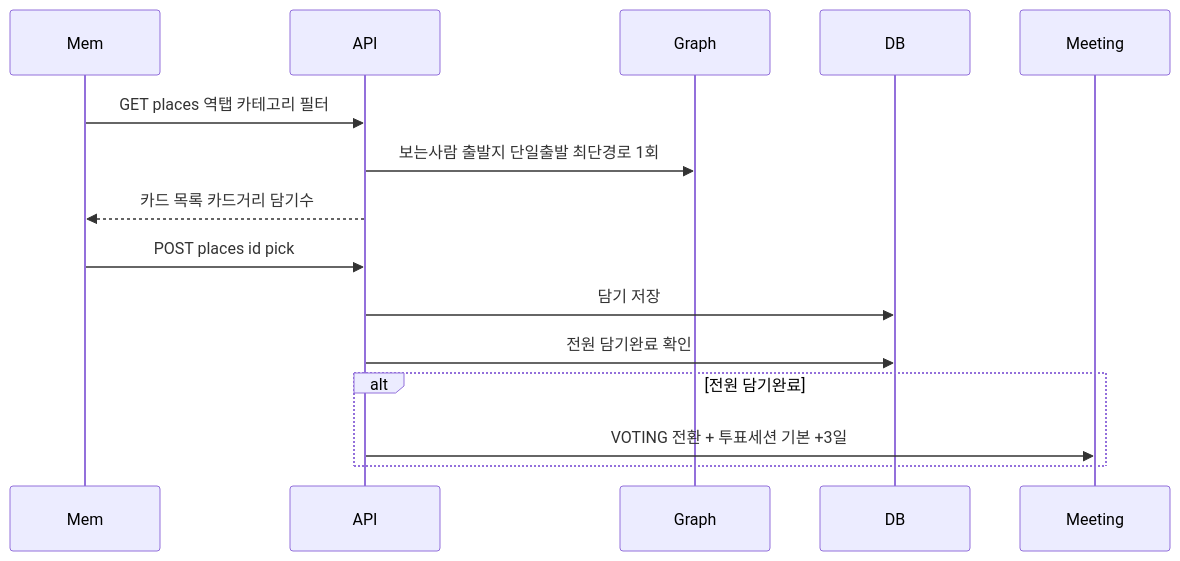
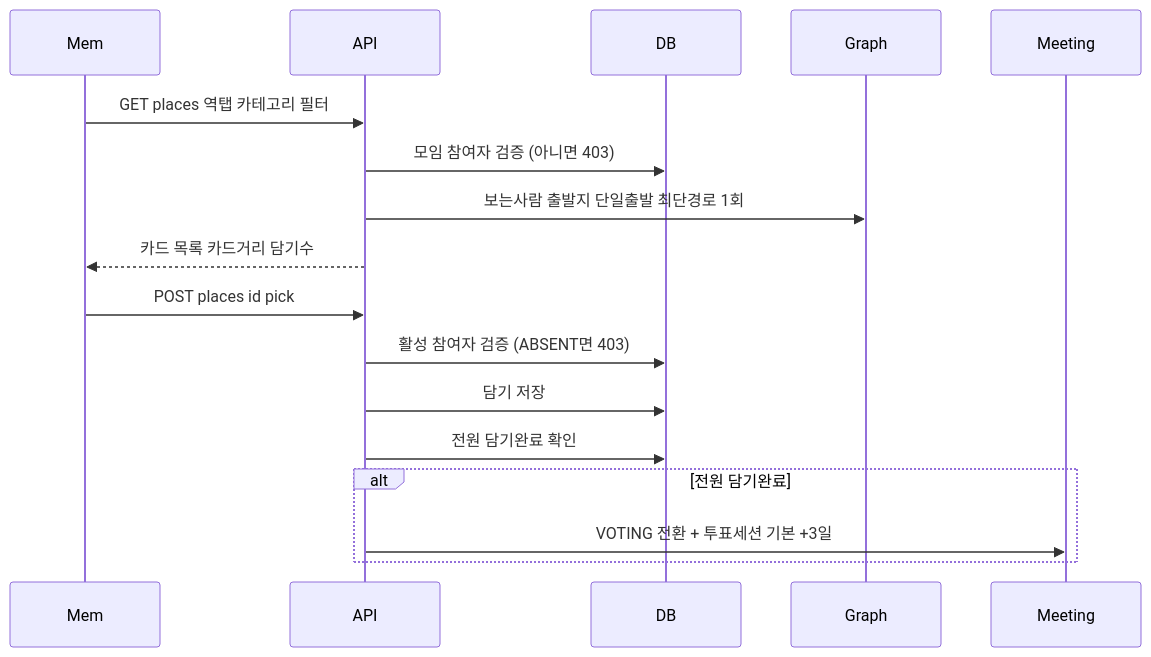
One commit to DDD-Community/DDD-13-IOS2-Server changed the diagram in aidlc-docs/construction/review/fc9/flow.md. Above: the diagram before and after it, drawn with Mermaid. The commit also changed other lines of this file and 15 other files, not shown here.

````diff
--- a/aidlc-docs/construction/review/fc9/flow.md
+++ b/aidlc-docs/construction/review/fc9/flow.md
@@ -3,12 +3,14 @@
 ```mermaid
 sequenceDiagram
     Mem->>API: GET places 역탭 카테고리 필터
+    API->>DB: 모임 참여자 검증 (아니면 403)
     API->>Graph: 보는사람 출발지 단일출발 최단경로 1회
     API-->>Mem: 카드 목록 카드거리 담기수
     Mem->>API: POST places id pick
+    API->>DB: 활성 참여자 검증 (ABSENT면 403)
     API->>DB: 담기 저장
     API->>DB: 전원 담기완료 확인
     alt 전원 담기완료
         API->>Meeting: VOTING 전환 + 투표세션 기본 +3일
     end
 ```
````
